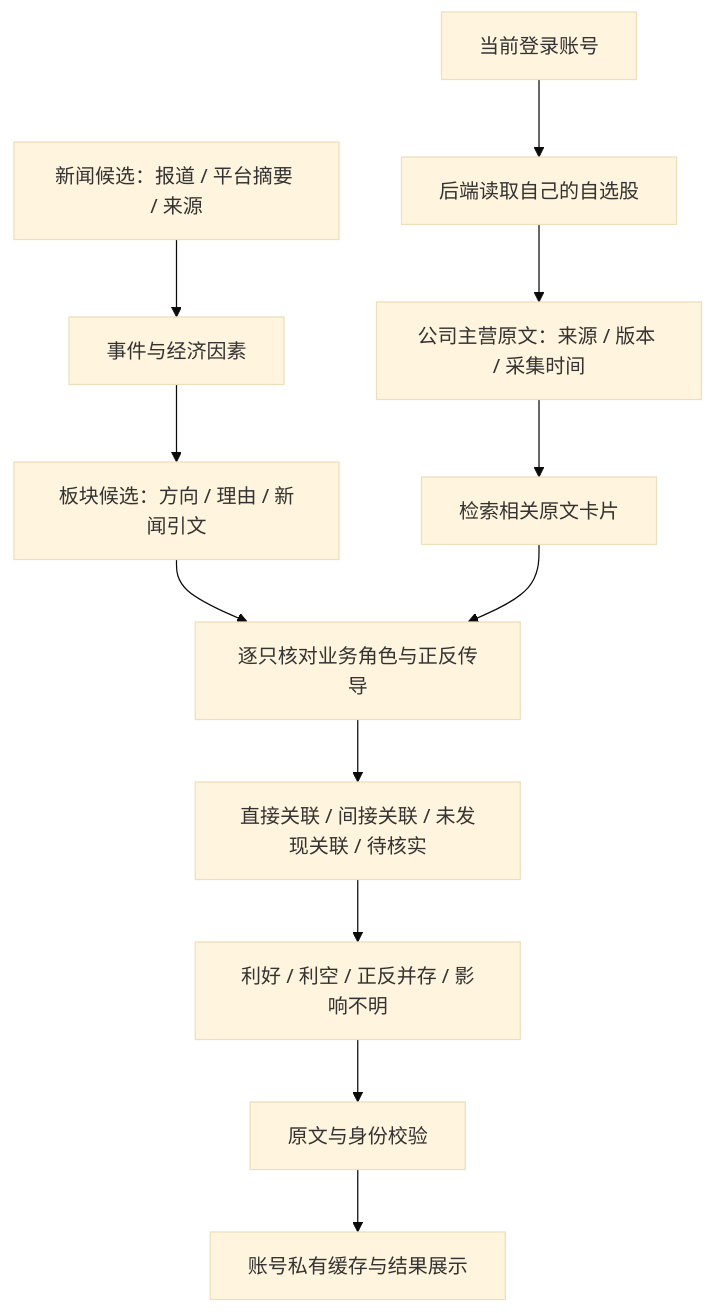
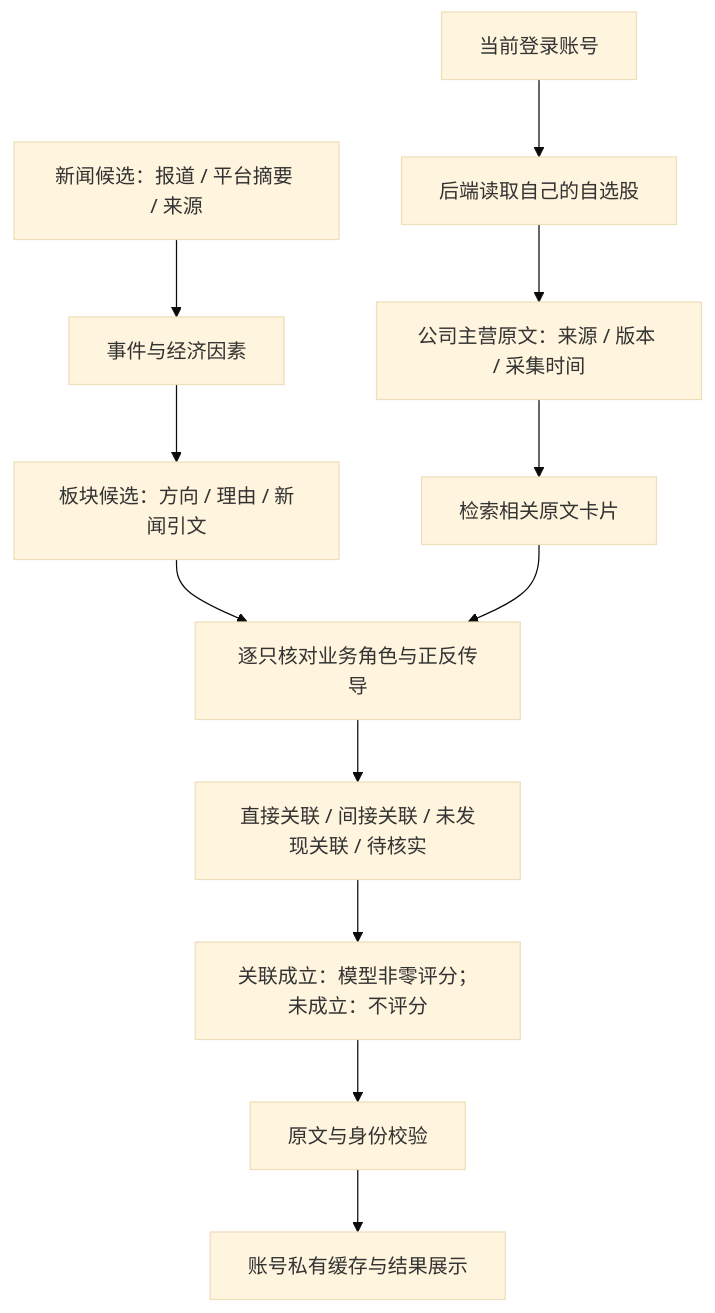
Before and after one commit to hus-king/finpulse: the diagram in docs/hot-stock-architecture.md, drawn with Mermaid (base theme). The commit also changed other lines of this file and 24 other files, not shown here.

````diff
--- a/docs/hot-stock-architecture.md
+++ b/docs/hot-stock-architecture.md
@@ -7,14 +9,14 @@
 ```mermaid
 flowchart TD
     A[新闻候选：报道 / 平台摘要 / 来源] --> B[事件与经济因素]
     U[当前登录账号] --> W[后端读取自己的自选股]
     W --> C[公司主营原文：来源 / 版本 / 采集时间]
     C --> R[检索相关原文卡片]
     B --> S[板块候选：方向 / 理由 / 新闻引文]
     S --> D[逐只核对业务角色与正反传导]
     R --> D
     D --> E[直接关联 / 间接关联 / 未发现关联 / 待核实]
-    E --> F[利好 / 利空 / 正反并存 / 影响不明]
+    E --> F[关联成立：模型非零评分；未成立：不评分]
     F --> G[原文与身份校验]
     G --> H[账号私有缓存与结果展示]
 ```
````
